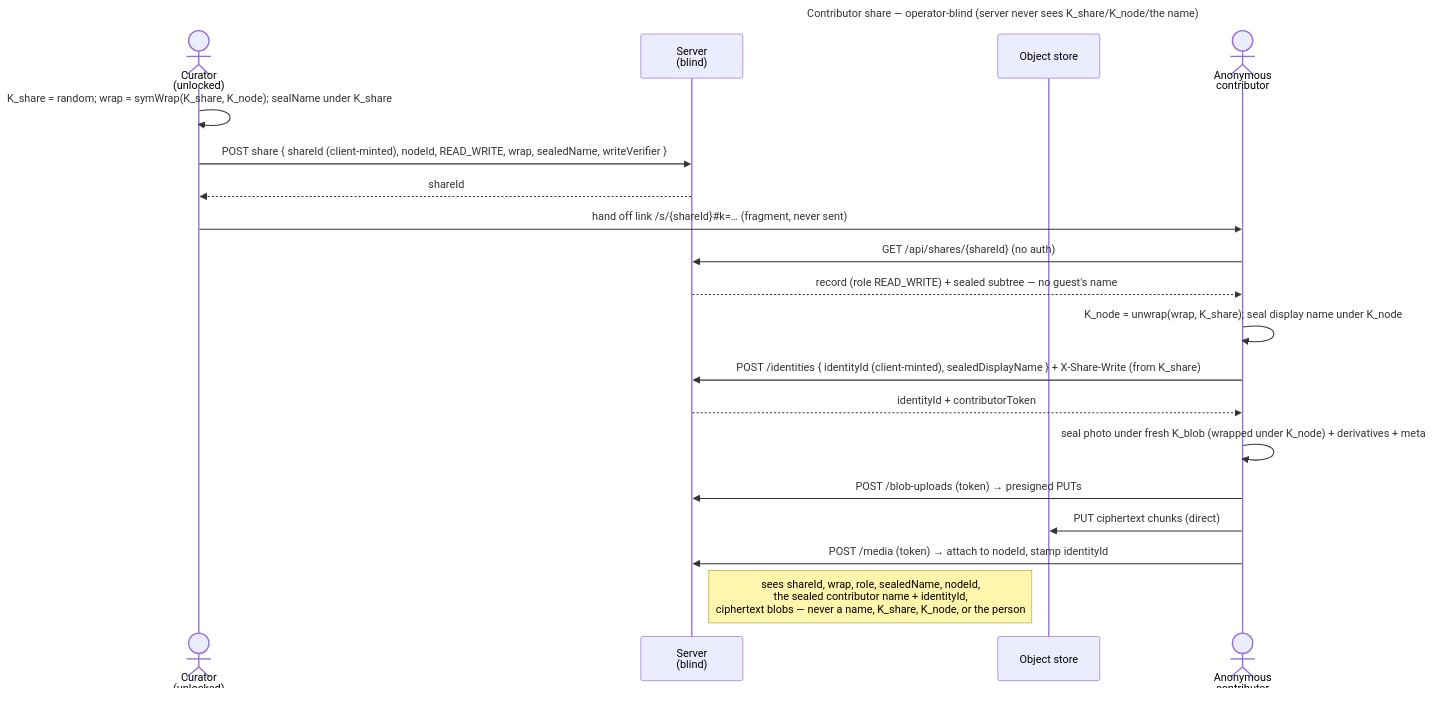
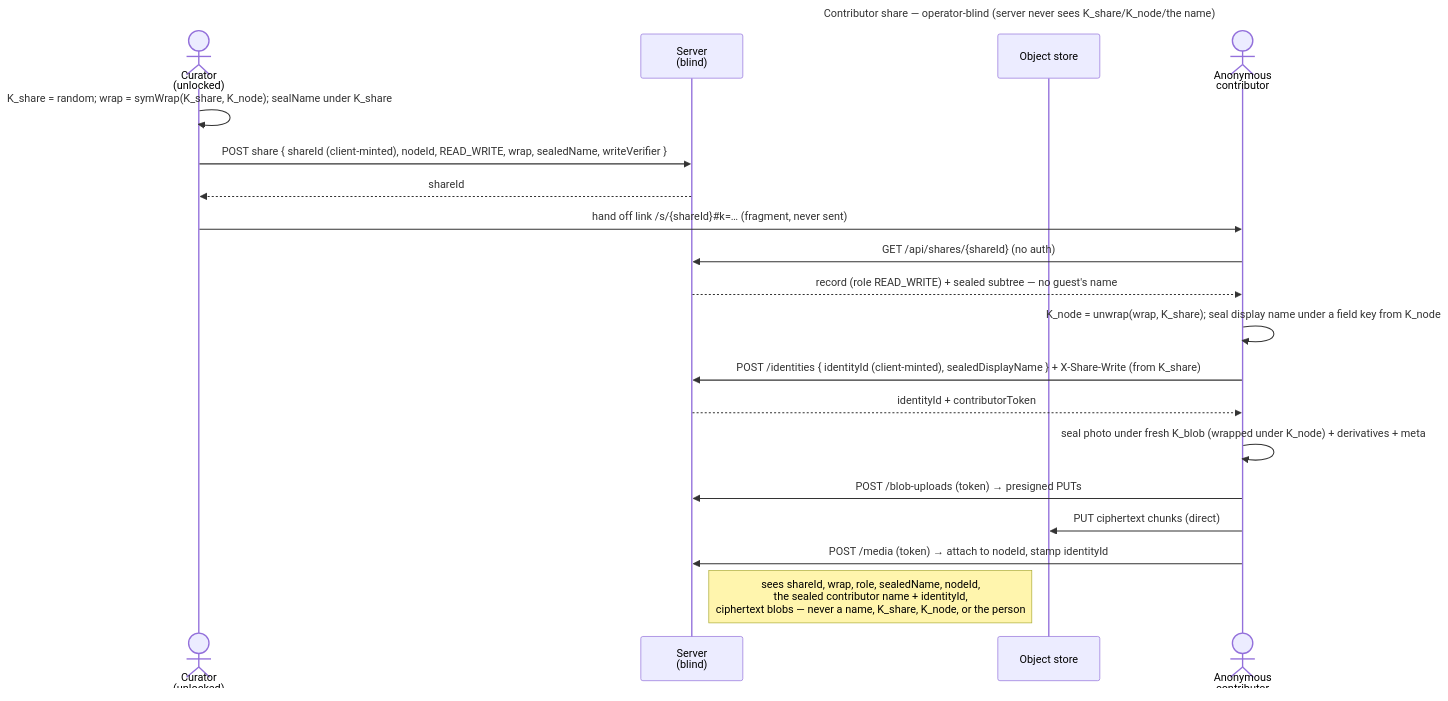
The diagram in docs/features/sharing/use-cases/uc.sharing.share-contributor.md (raddatzk/veyq), drawn with Mermaid before and after one commit. The commit also changed other lines of this file and 65 other files, not shown here.

First line of the commit message:
docs: every field seals under its own K_field — ADRs, enablers, use-cases, coverage, site (ADR 0093 § 9)

````diff
--- a/docs/features/sharing/use-cases/uc.sharing.share-contributor.md
+++ b/docs/features/sharing/use-cases/uc.sharing.share-contributor.md
@@ -72,24 +72,24 @@
 ```mermaid
 ---
 title: Contributor share — operator-blind (server never sees K_share/K_node/the name)
 ---
 sequenceDiagram
   actor C as Curator<br>(unlocked)
   participant S as Server<br>(blind)
   participant O as Object store
   actor V as Anonymous<br>contributor
   C->>C: K_share = random#59; wrap = symWrap(K_share, K_node)#59; sealName under K_share
   C->>S: POST share { shareId (client-minted), nodeId, READ_WRITE, wrap, sealedName, writeVerifier }
   S-->>C: shareId
   C->>V: hand off link /s/{shareId}#35;k=…   (fragment, never sent)
   V->>S: GET /api/shares/{shareId}   (no auth)
   S-->>V: record (role READ_WRITE) + sealed subtree — no guest's name
-  V->>V: K_node = unwrap(wrap, K_share)#59; seal display name under K_node
+  V->>V: K_node = unwrap(wrap, K_share)#59; seal display name under a field key from K_node
   V->>S: POST /identities { identityId (client-minted), sealedDisplayName } + X-Share-Write (from K_share)
   S-->>V: identityId + contributorToken
   V->>V: seal photo under fresh K_blob (wrapped under K_node) + derivatives + meta
   V->>S: POST /blob-uploads (token) → presigned PUTs
   V->>O: PUT ciphertext chunks (direct)
   V->>S: POST /media (token) → attach to nodeId, stamp identityId
   Note right of S: sees shareId, wrap, role, sealedName, nodeId,<br>the sealed contributor name + identityId,<br>ciphertext blobs — never a name, K_share, K_node, or the person
 ```
````
